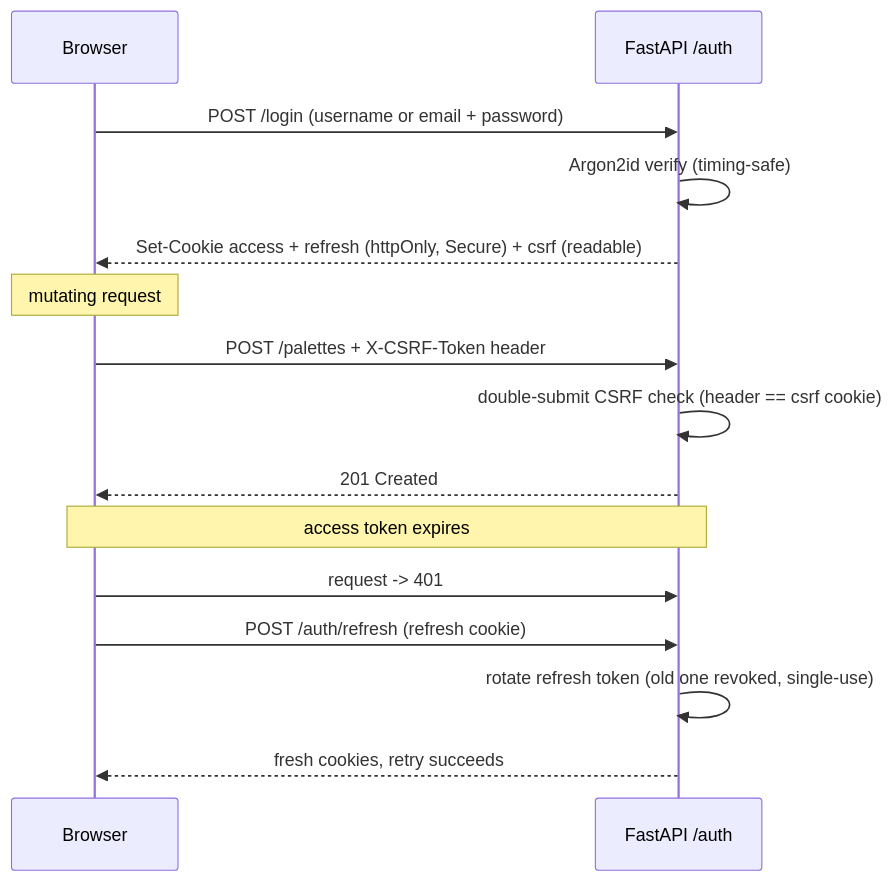
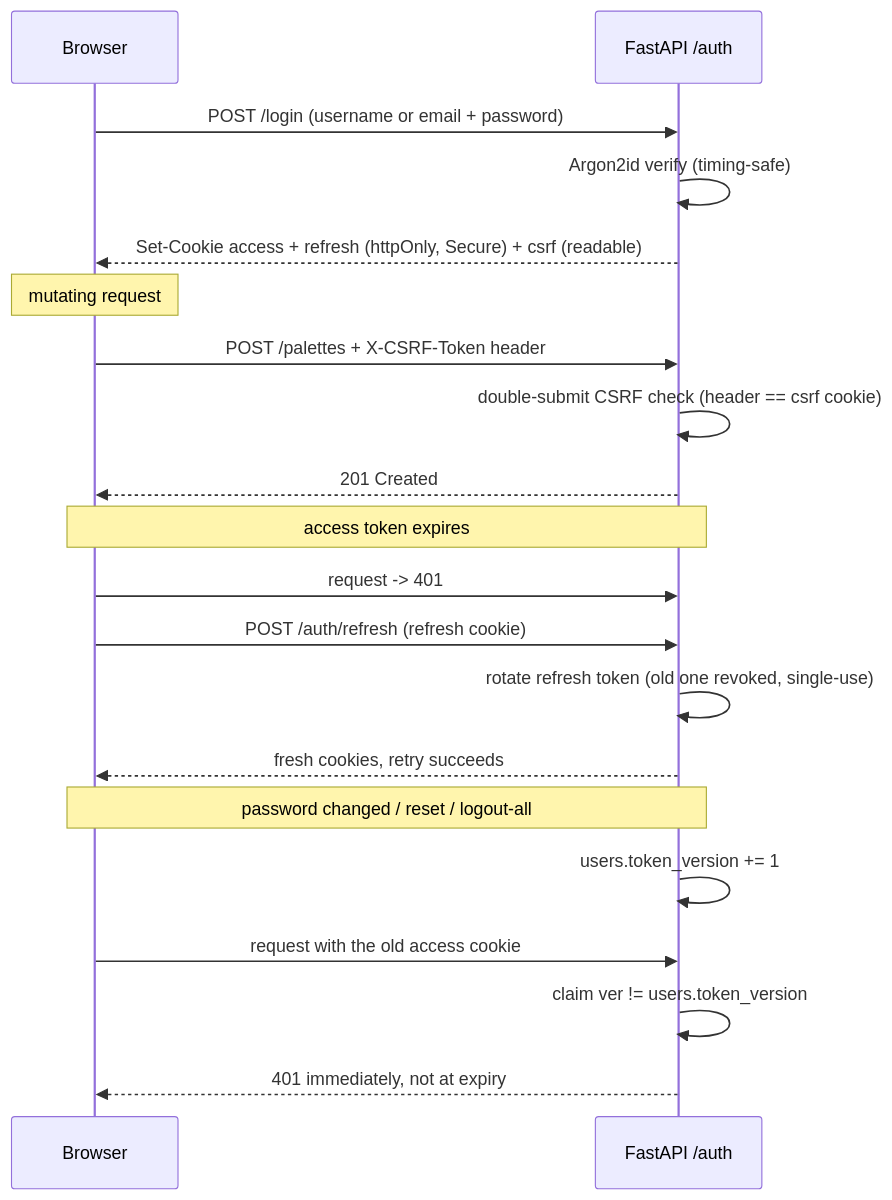
The third of 3 diagrams in docs/architecture.md (Ingwalde/Palette), drawn with Mermaid before and after one commit. The commit also changed other lines of this file and 11 other files, not shown here.

````diff
--- a/docs/architecture.md
+++ b/docs/architecture.md
@@ -88,17 +93,22 @@
 ```mermaid
 sequenceDiagram
     participant C as Browser
     participant A as FastAPI /auth
     C->>A: POST /login (username or email + password)
     A->>A: Argon2id verify (timing-safe)
     A-->>C: Set-Cookie access + refresh (httpOnly, Secure) + csrf (readable)
     Note over C: mutating request
     C->>A: POST /palettes + X-CSRF-Token header
     A->>A: double-submit CSRF check (header == csrf cookie)
     A-->>C: 201 Created
     Note over C,A: access token expires
     C->>A: request -> 401
     C->>A: POST /auth/refresh (refresh cookie)
     A->>A: rotate refresh token (old one revoked, single-use)
     A-->>C: fresh cookies, retry succeeds
+    Note over C,A: password changed / reset / logout-all
+    A->>A: users.token_version += 1
+    C->>A: request with the old access cookie
+    A->>A: claim ver != users.token_version
+    A-->>C: 401 immediately, not at expiry
 ```
````
